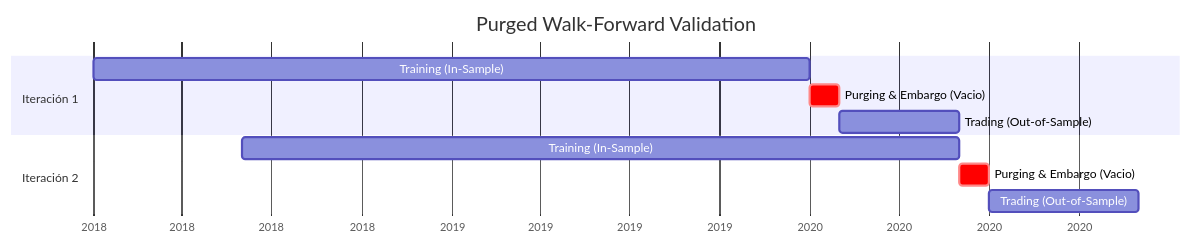
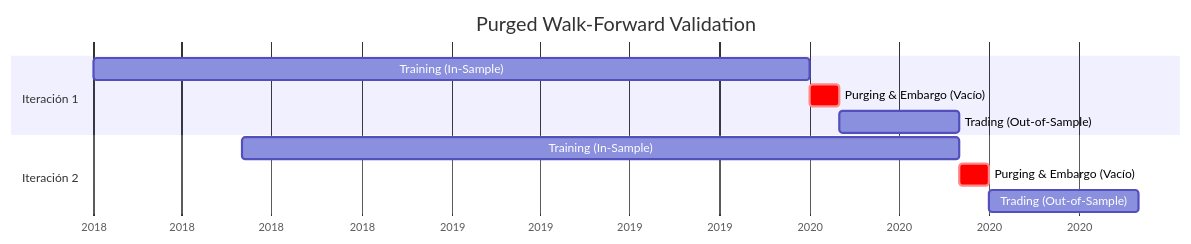
The second of 2 diagrams in docs/METHODOLOGY.md (manuel-amado/hma-metalabeling-core), drawn with Mermaid before and after one commit. The commit also changed 2 other files, not shown here.

Commit message:
Fix: Corregir codificacion UTF-8 y sintaxis de bloques Mermaid en todos los archivos Markdown

````diff
--- a/docs/METHODOLOGY.md
+++ b/docs/METHODOLOGY.md
@@ -43,14 +43,14 @@
 ```mermaid
 gantt
     title Purged Walk-Forward Validation
     dateFormat YYYY-MM
     axisFormat %Y
     section Iteración 1
     Training (In-Sample) :a1, 2018-01, 2020-01
-    Purging & Embargo (Vacio) :crit, a2, after a1, 30d
+    Purging & Embargo (Vacío) :crit, a2, after a1, 30d
     Trading (Out-of-Sample) :a3, after a2, 2020-06
     section Iteración 2
     Training (In-Sample) :b1, 2018-06, 2020-06
-    Purging & Embargo (Vacio) :crit, b2, after b1, 30d
+    Purging & Embargo (Vacío) :crit, b2, after b1, 30d
     Trading (Out-of-Sample) :b3, after b2, 2020-12
 ```
````
